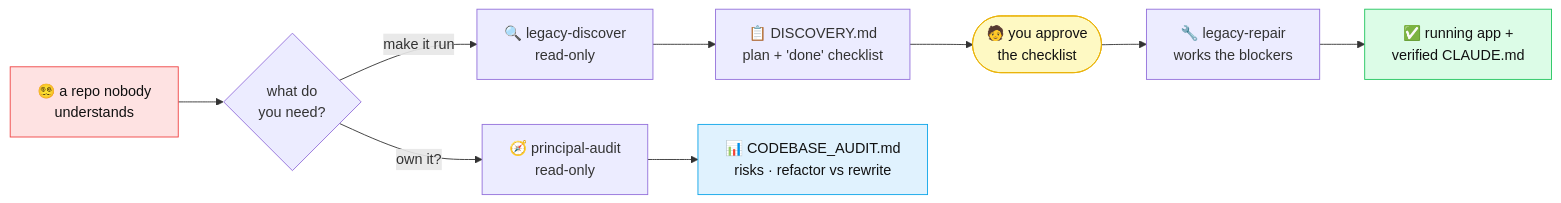
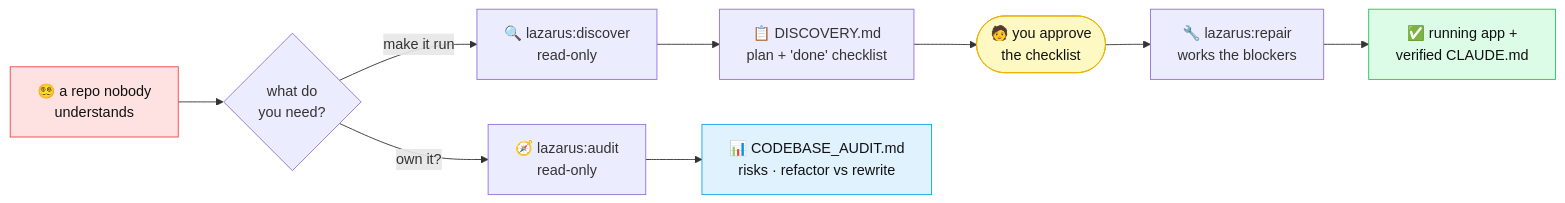
Before and after one commit to CognitiveCodeAI/lazarus: the diagram in README.md, drawn with Mermaid. The commit also changed other lines of this file and 10 other files, not shown here.

First line of the commit message:
feat: reframe to any-repo + rename skills (discover/repair/audit); harden audit integrity (#1)

````diff
--- a/README.md
+++ b/README.md
@@ -64,18 +66,18 @@
 ```mermaid
 flowchart LR
     A["😵‍💫 a repo nobody<br/>understands"] --> B{what do<br/>you need?}
 
-    B -->|make it run| C["🔍 legacy-discover<br/>read-only"]
+    B -->|make it run| C["🔍 lazarus:discover<br/>read-only"]
     C --> D["📋 DISCOVERY.md<br/>plan + 'done' checklist"]
     D --> E(["🧑 you approve<br/>the checklist"])
-    E --> F["🔧 legacy-repair<br/>works the blockers"]
+    E --> F["🔧 lazarus:repair<br/>works the blockers"]
     F --> G["✅ running app +<br/>verified CLAUDE.md"]
 
-    B -->|own it?| H["🧭 principal-audit<br/>read-only"]
+    B -->|own it?| H["🧭 lazarus:audit<br/>read-only"]
     H --> I["📊 CODEBASE_AUDIT.md<br/>risks · refactor vs rewrite"]
 
     style A fill:#fee2e2,stroke:#ef4444,color:#111
     style G fill:#dcfce7,stroke:#22c55e,color:#111
     style I fill:#e0f2fe,stroke:#0ea5e9,color:#111
     style E fill:#fef9c3,stroke:#eab308,color:#111
 ```
````
